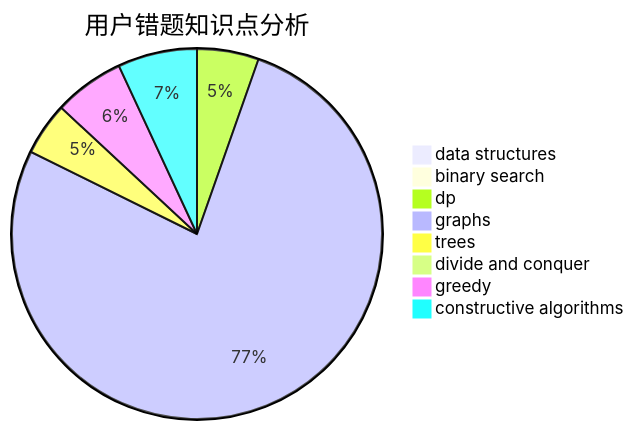
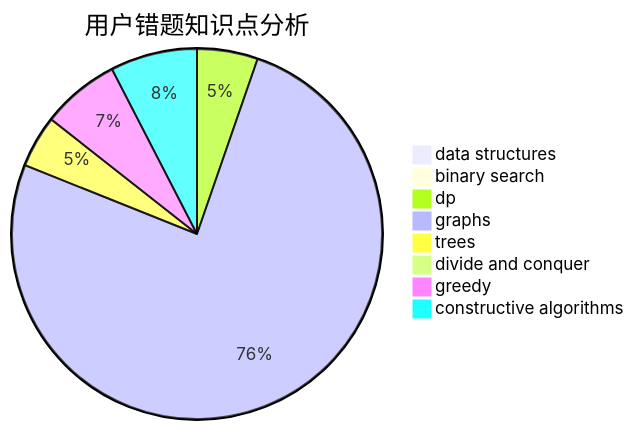
The third of 3 diagrams in docs/user/u2638.md (sherpahu/cfrs.github.io), drawn with Mermaid before and after one commit. The commit also changed other lines of this file and 2770 other files, not shown here.

````diff
--- a/docs/user/u2638.md
+++ b/docs/user/u2638.md
@@ -36,11 +36,11 @@
 ```mermaid
 pie title 用户错题知识点分析
     "data structures" :  0
     "binary search" :  0
     "dp" :  7
     "graphs" :  100
     "trees" :  6
     "divide and conquer" :  0
-    "greedy" :  8
-    "constructive algorithms" :  9
+    "greedy" :  9
+    "constructive algorithms" :  10
 ```
````
